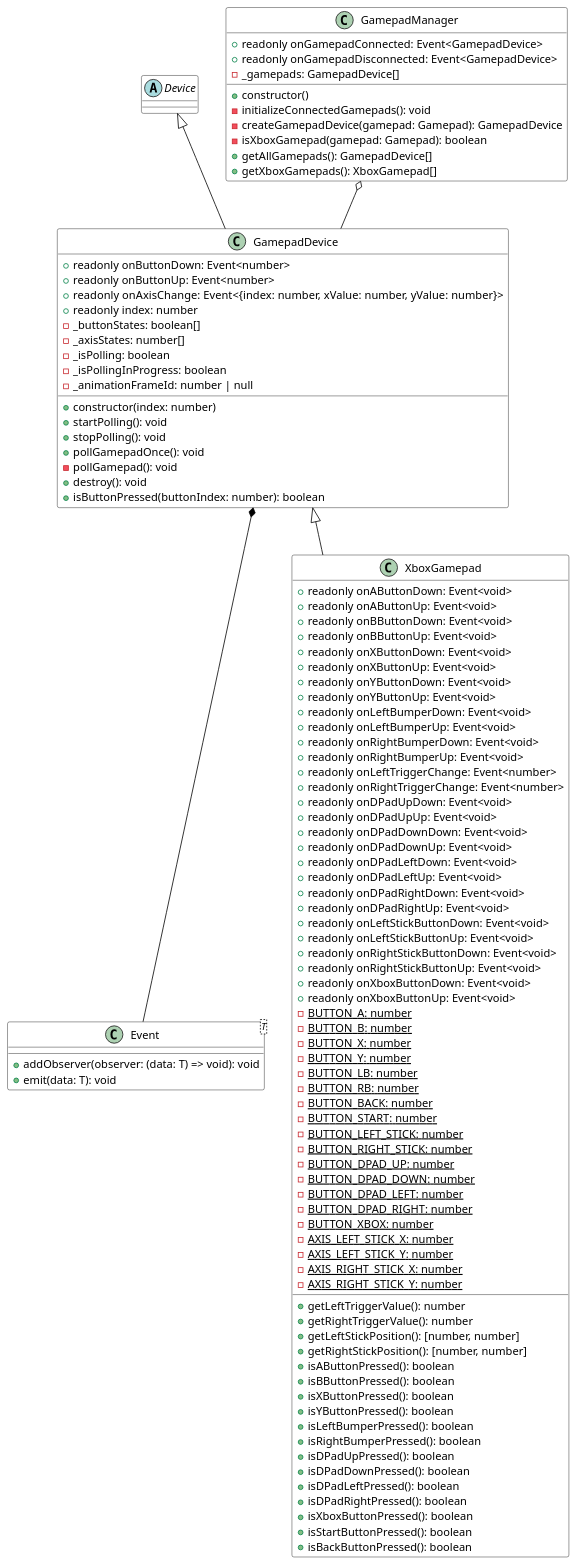
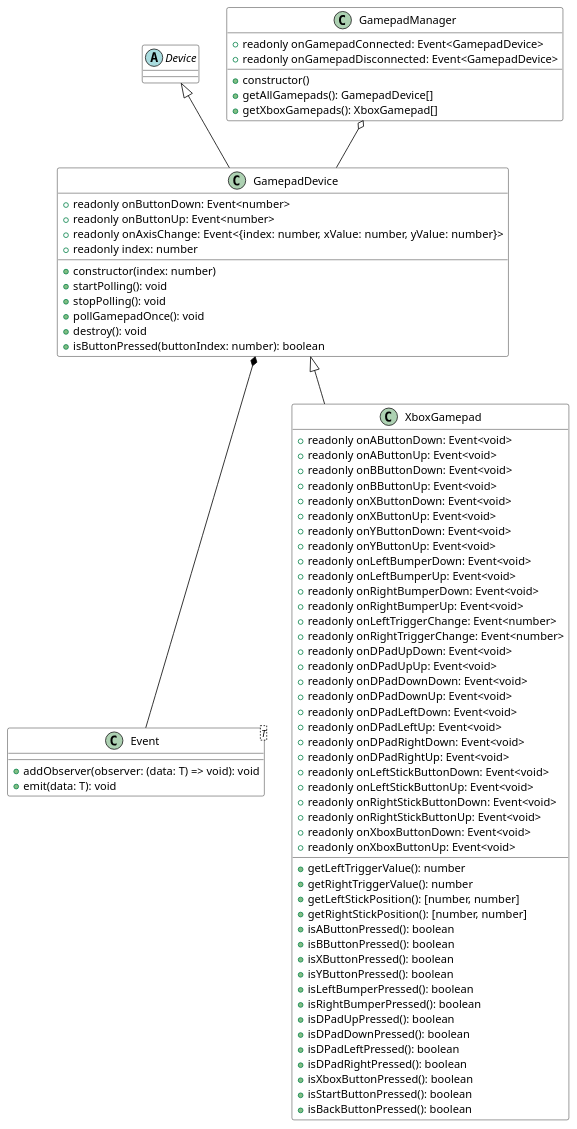
One commit to CPNV-ES/game-engine changed the diagram in doc/extensions/input-system/gamepads/gamepad-system.puml. Above: the diagram before and after it, drawn with PlantUML.

Commit message:
docs: remove unused properties and methods from gamepad classes

```diff
--- a/doc/extensions/input-system/gamepads/gamepad-system.puml
+++ b/doc/extensions/input-system/gamepads/gamepad-system.puml
@@ -1,127 +1,98 @@
 @startuml Gamepad System
 
 ' Style configurations
 skinparam class {
     BackgroundColor White
     ArrowColor Black
     BorderColor Black
 }
 
 ' Base Device class
 abstract class Device {
 }
 
 ' Event class
 class Event<T> {
     + addObserver(observer: (data: T) => void): void
     + emit(data: T): void
 }
 
 ' GamepadDevice class
 class GamepadDevice {
     + readonly onButtonDown: Event<number>
     + readonly onButtonUp: Event<number>
     + readonly onAxisChange: Event<{index: number, xValue: number, yValue: number}>
     + readonly index: number
-    - _buttonStates: boolean[]
-    - _axisStates: number[]
-    - _isPolling: boolean
-    - _isPollingInProgress: boolean
-    - _animationFrameId: number | null
     + constructor(index: number)
     + startPolling(): void
     + stopPolling(): void
     + pollGamepadOnce(): void
-    - pollGamepad(): void
     + destroy(): void
     + isButtonPressed(buttonIndex: number): boolean
 }
 
 ' XboxGamepad class
 class XboxGamepad {
     + readonly onAButtonDown: Event<void>
     + readonly onAButtonUp: Event<void>
     + readonly onBButtonDown: Event<void>
     + readonly onBButtonUp: Event<void>
     + readonly onXButtonDown: Event<void>
     + readonly onXButtonUp: Event<void>
     + readonly onYButtonDown: Event<void>
     + readonly onYButtonUp: Event<void>
     + readonly onLeftBumperDown: Event<void>
     + readonly onLeftBumperUp: Event<void>
     + readonly onRightBumperDown: Event<void>
     + readonly onRightBumperUp: Event<void>
     + readonly onLeftTriggerChange: Event<number>
     + readonly onRightTriggerChange: Event<number>
     + readonly onDPadUpDown: Event<void>
     + readonly onDPadUpUp: Event<void>
     + readonly onDPadDownDown: Event<void>
     + readonly onDPadDownUp: Event<void>
     + readonly onDPadLeftDown: Event<void>
     + readonly onDPadLeftUp: Event<void>
     + readonly onDPadRightDown: Event<void>
     + readonly onDPadRightUp: Event<void>
     + readonly onLeftStickButtonDown: Event<void>
     + readonly onLeftStickButtonUp: Event<void>
     + readonly onRightStickButtonDown: Event<void>
     + readonly onRightStickButtonUp: Event<void>
     + readonly onXboxButtonDown: Event<void>
     + readonly onXboxButtonUp: Event<void>
-    - {static} BUTTON_A: number
-    - {static} BUTTON_B: number
-    - {static} BUTTON_X: number
-    - {static} BUTTON_Y: number
-    - {static} BUTTON_LB: number
-    - {static} BUTTON_RB: number
-    - {static} BUTTON_BACK: number
-    - {static} BUTTON_START: number
-    - {static} BUTTON_LEFT_STICK: number
-    - {static} BUTTON_RIGHT_STICK: number
-    - {static} BUTTON_DPAD_UP: number
-    - {static} BUTTON_DPAD_DOWN: number
-    - {static} BUTTON_DPAD_LEFT: number
-    - {static} BUTTON_DPAD_RIGHT: number
-    - {static} BUTTON_XBOX: number
-    - {static} AXIS_LEFT_STICK_X: number
-    - {static} AXIS_LEFT_STICK_Y: number
-    - {static} AXIS_RIGHT_STICK_X: number
-    - {static} AXIS_RIGHT_STICK_Y: number
     + getLeftTriggerValue(): number
     + getRightTriggerValue(): number
     + getLeftStickPosition(): [number, number]
     + getRightStickPosition(): [number, number]
     + isAButtonPressed(): boolean
     + isBButtonPressed(): boolean
     + isXButtonPressed(): boolean
     + isYButtonPressed(): boolean
     + isLeftBumperPressed(): boolean
     + isRightBumperPressed(): boolean
     + isDPadUpPressed(): boolean
     + isDPadDownPressed(): boolean
     + isDPadLeftPressed(): boolean
     + isDPadRightPressed(): boolean
     + isXboxButtonPressed(): boolean
     + isStartButtonPressed(): boolean
     + isBackButtonPressed(): boolean
 }
 
 ' GamepadManager class
 class GamepadManager {
     + readonly onGamepadConnected: Event<GamepadDevice>
     + readonly onGamepadDisconnected: Event<GamepadDevice>
-    - _gamepads: GamepadDevice[]
     + constructor()
-    - initializeConnectedGamepads(): void
-    - createGamepadDevice(gamepad: Gamepad): GamepadDevice
-    - isXboxGamepad(gamepad: Gamepad): boolean
     + getAllGamepads(): GamepadDevice[]
     + getXboxGamepads(): XboxGamepad[]
 }
 
 ' Relationships
 Device <|-- GamepadDevice
 GamepadDevice <|-- XboxGamepad
 GamepadManager o-- GamepadDevice
 GamepadDevice *-- Event
 
 @enduml
```
